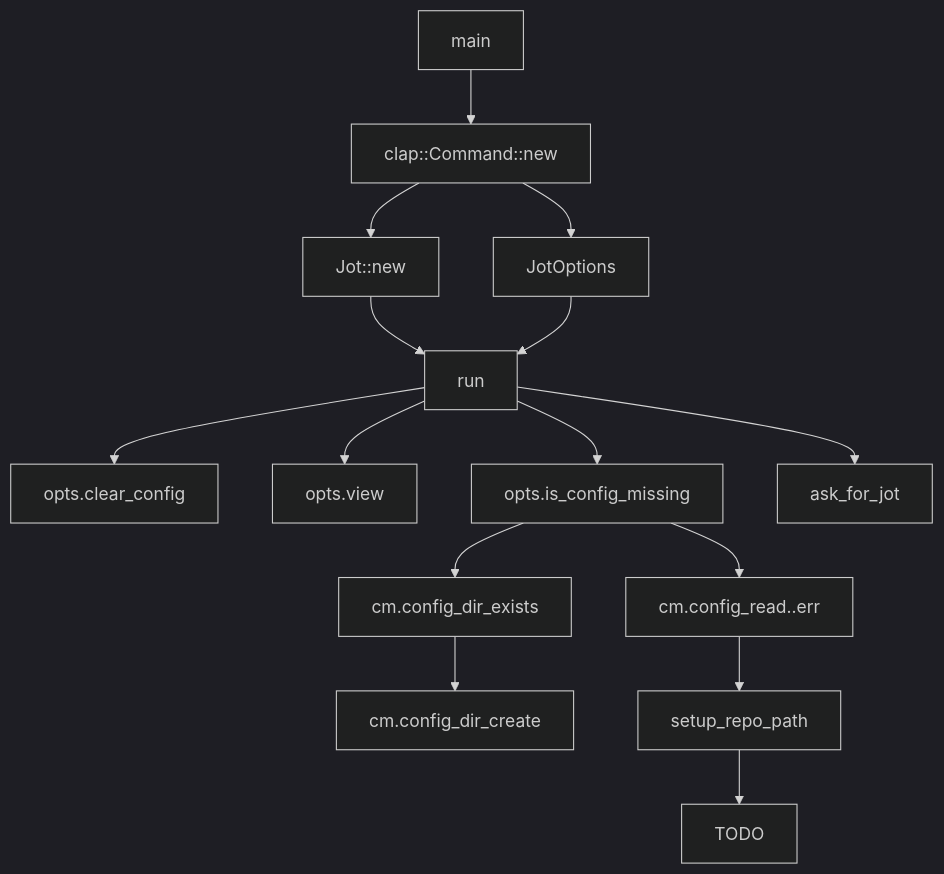
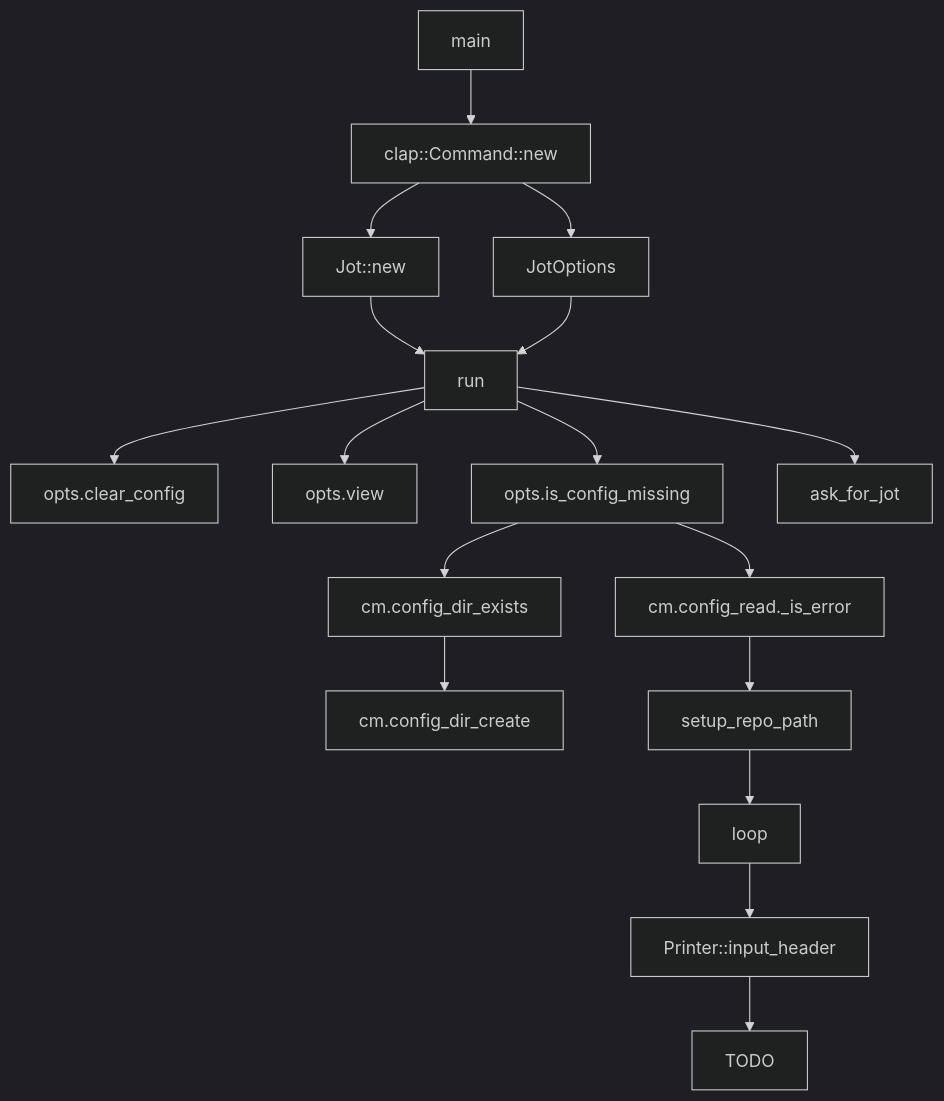
One commit to lloydlobo/jot changed the diagram in README.md. Above: the diagram before and after it, drawn with Mermaid (dark theme). The commit also changed other lines of this file and 1 other file, not shown here.

Commit message:
feat: setup repo path function

````diff
--- a/README.md
+++ b/README.md
@@ -13,15 +11,18 @@
 ```mermaid
 graph TD;
+
 main --> clap::Command::new;
 clap::Command::new --> Jot::new;
 clap::Command::new --> JotOptions;
 Jot::new --> run;
 JotOptions --> run;
+
 run --> opts.clear_config;
 run --> opts.view;
 run --> opts.is_config_missing;
 run --> ask_for_jot;
 opts.is_config_missing --> cm.config_dir_exists -->  cm.config_dir_create;
-opts.is_config_missing --> cm.config_read..err -->  setup_repo_path;
-setup_repo_path --> TODO;
+opts.is_config_missing --> cm.config_read._is_error -->  setup_repo_path;
+
+setup_repo_path --> loop --> Printer::input_header --> TODO;
 ```
````
